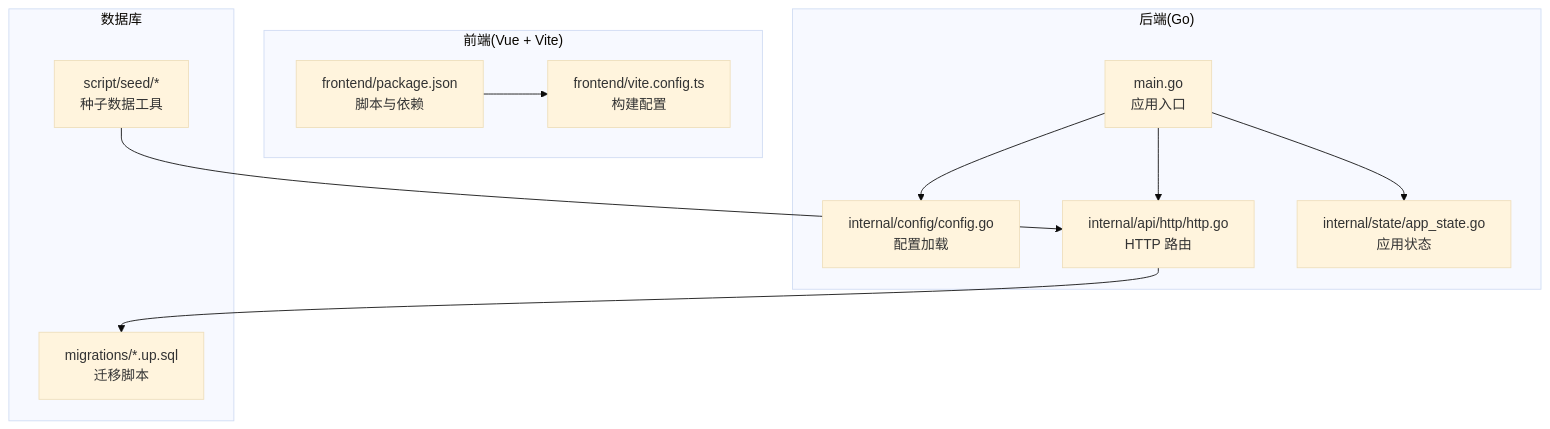
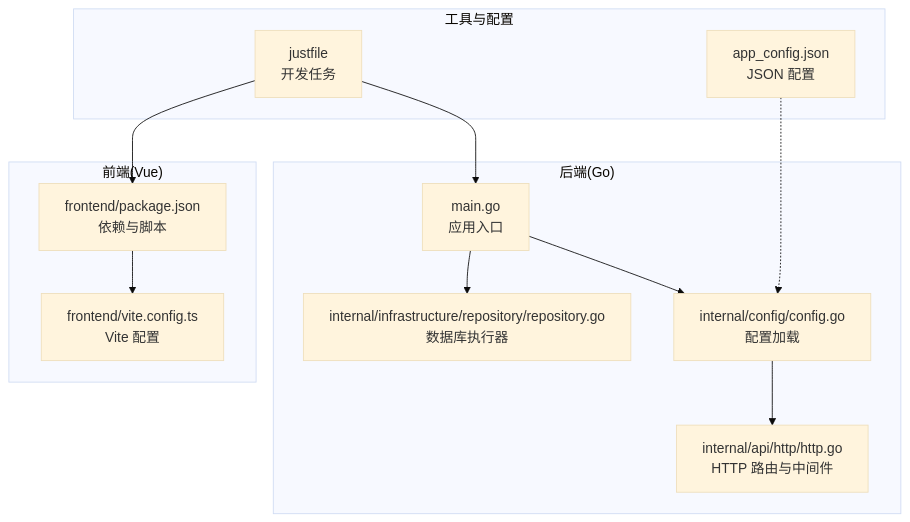
Before and after one commit to ATOMLubover/poprako: the first of 5 diagrams in .qoder/repowiki/zh/content/快速开始.md, drawn with Mermaid (base theme). The commit also changed other lines of this file and 132 other files, not shown here.

````diff
--- a/.qoder/repowiki/zh/content/快速开始.md
+++ b/.qoder/repowiki/zh/content/快速开始.md
@@ -44,23 +41,23 @@
 ```mermaid
 graph TB
 subgraph "后端(Go)"
 M["main.go<br/>应用入口"]
-C["internal/config/config.go<br/>配置加载"]
-H["internal/api/http/http.go<br/>HTTP 路由"]
-S["internal/state/app_state.go<br/>应用状态"]
+CFG["internal/config/config.go<br/>配置加载"]
+HTTP["internal/api/http/http.go<br/>HTTP 路由与中间件"]
+INFRA["internal/infrastructure/repository/repository.go<br/>数据库执行器"]
 end
-subgraph "前端(Vue + Vite)"
-FP["frontend/package.json<br/>脚本与依赖"]
-FV["frontend/vite.config.ts<br/>构建配置"]
+subgraph "前端(Vue)"
+PKG["frontend/package.json<br/>依赖与脚本"]
+VCFG["frontend/vite.config.ts<br/>Vite 配置"]
 end
-subgraph "数据库"
-MG["migrations/*.up.sql<br/>迁移脚本"]
-SE["script/seed/*<br/>种子数据工具"]
+subgraph "工具与配置"
+JF["justfile<br/>开发任务"]
+AC["app_config.json<br/>JSON 配置"]
 end
-M --> C
-M --> H
-M --> S
-FP --> FV
-H --> MG
-SE --> H
+M --> CFG --> HTTP
+M --> INFRA
+PKG --> VCFG
+JF --> M
+JF --> PKG
+AC -.-> CFG
 ```
````
